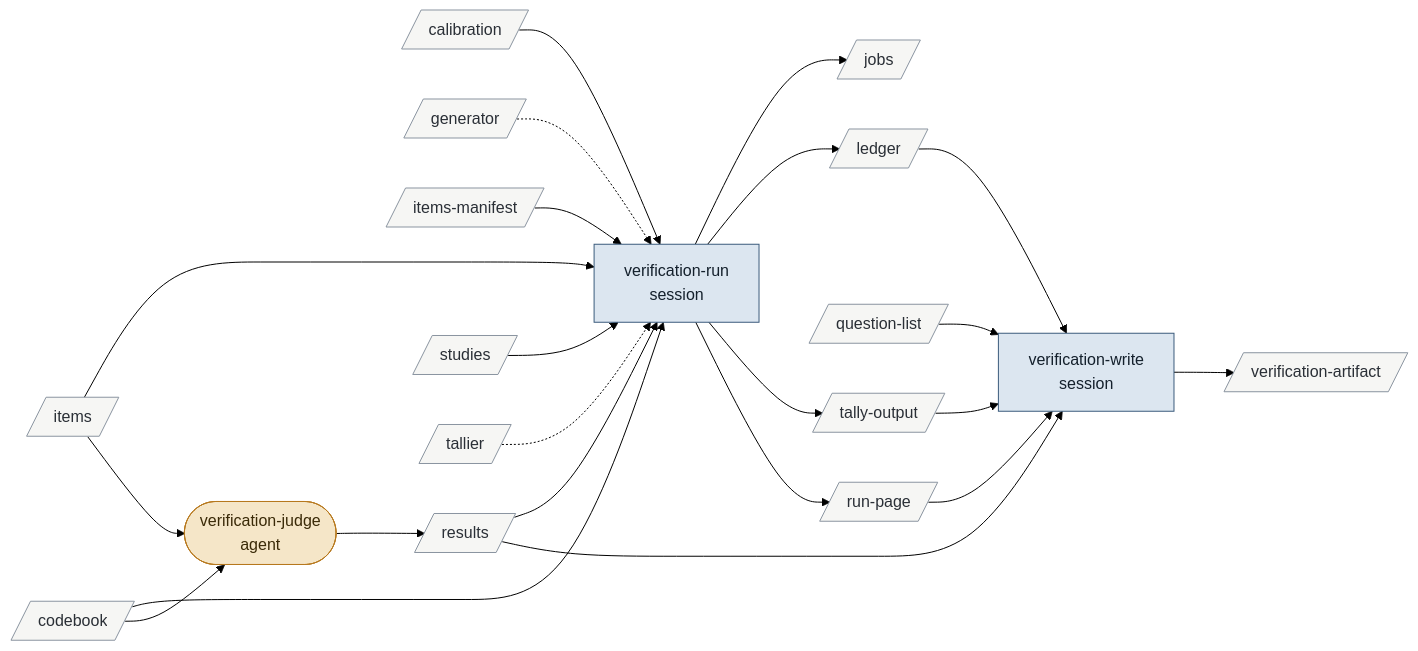
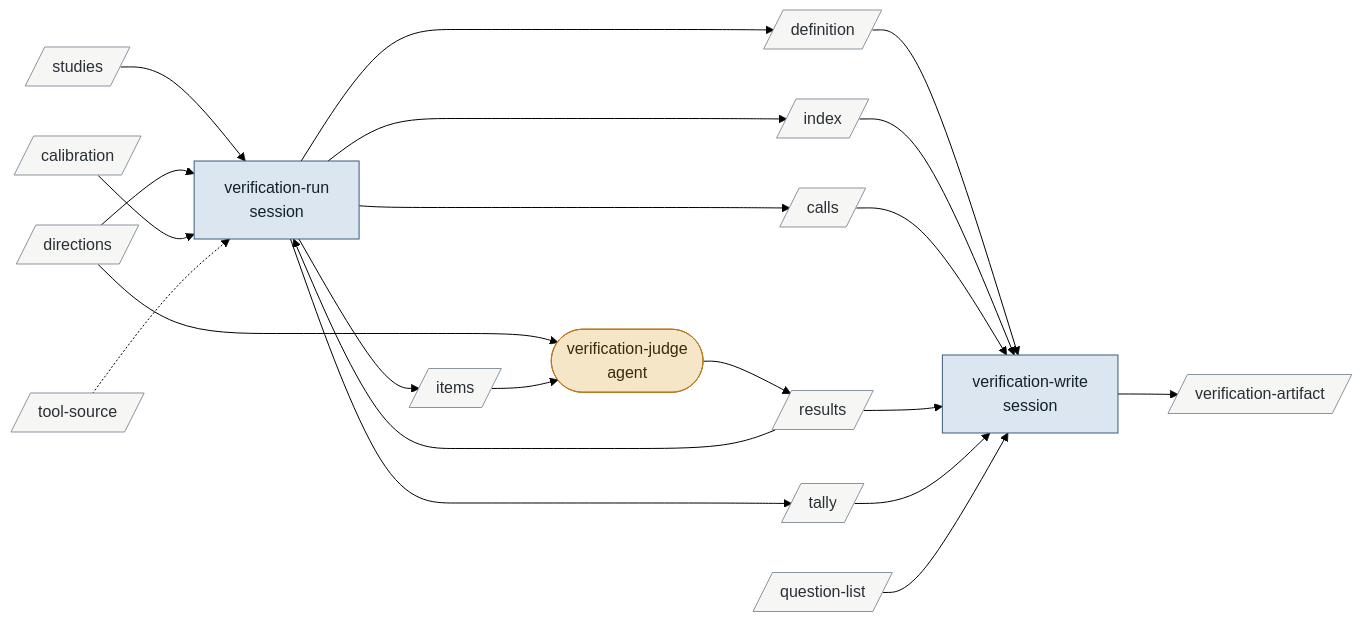
One commit to bc414/StoryPlanner changed the eighth of 15 diagrams in .claude/skills/v3-buildout-2/map.md. Above: the diagram before and after it, drawn with Mermaid (forest theme). The commit also changed other lines of this file and 29 other files, not shown here.

````diff
--- a/.claude/skills/v3-buildout-2/map.md
+++ b/.claude/skills/v3-buildout-2/map.md
@@ -288,48 +277,45 @@
 ```mermaid
 flowchart LR
   classDef hitl fill:#e9d8e4,stroke:#7a3e6d,color:#2b1a27
   classDef session fill:#dce6f0,stroke:#3b5b7c,color:#14202c
   classDef agent fill:#f5e6c8,stroke:#b7791f,color:#3a2a08
   classDef artifact fill:#f6f6f4,stroke:#8a94a0,color:#2a2f36
   classDef activity fill:#dcebdd,stroke:#4b7f52,color:#122816
   classDef terminus fill:#e4e4ea,stroke:#5b5b7a,color:#1c1c2c
   verificationrun["verification-run<br/>session"]:::session
   verificationjudge(["verification-judge<br/>agent"]):::agent
   verificationwrite["verification-write<br/>session"]:::session
   calibration[/"calibration"/]:::artifact
-  codebook[/"codebook"/]:::artifact
-  generator[/"generator"/]:::artifact
+  calls[/"calls"/]:::artifact
+  definition[/"definition"/]:::artifact
+  directions[/"directions"/]:::artifact
+  index[/"index"/]:::artifact
   items[/"items"/]:::artifact
-  itemsmanifest[/"items-manifest"/]:::artifact
-  jobs[/"jobs"/]:::artifact
-  ledger[/"ledger"/]:::artifact
   questionlist[/"question-list"/]:::artifact
   results[/"results"/]:::artifact
-  runpage[/"run-page"/]:::artifact
   studies[/"studies"/]:::artifact
-  tallier[/"tallier"/]:::artifact
-  tallyoutput[/"tally-output"/]:::artifact
+  tally[/"tally"/]:::artifact
+  toolsource[/"tool-source"/]:::artifact
   verificationartifact[/"verification-artifact"/]:::artifact
 
   studies --> verificationrun
-  items --> verificationrun
-  itemsmanifest --> verificationrun
-  codebook --> verificationrun
+  directions --> verificationrun
   calibration --> verificationrun
   results --> verificationrun
-  generator -.-> verificationrun
-  tallier -.-> verificationrun
-  verificationrun --> jobs
-  verificationrun --> ledger
-  verificationrun --> tallyoutput
-  verificationrun --> runpage
-  codebook --> verificationjudge
+  toolsource -.-> verificationrun
+  verificationrun --> definition
+  verificationrun --> index
+  verificationrun --> items
+  verificationrun --> calls
+  verificationrun --> tally
+  directions --> verificationjudge
   items --> verificationjudge
   verificationjudge --> results
+  definition --> verificationwrite
+  index --> verificationwrite
+  calls --> verificationwrite
   results --> verificationwrite
-  tallyoutput --> verificationwrite
-  ledger --> verificationwrite
-  runpage --> verificationwrite
+  tally --> verificationwrite
   questionlist --> verificationwrite
   verificationwrite --> verificationartifact
 ```
````
